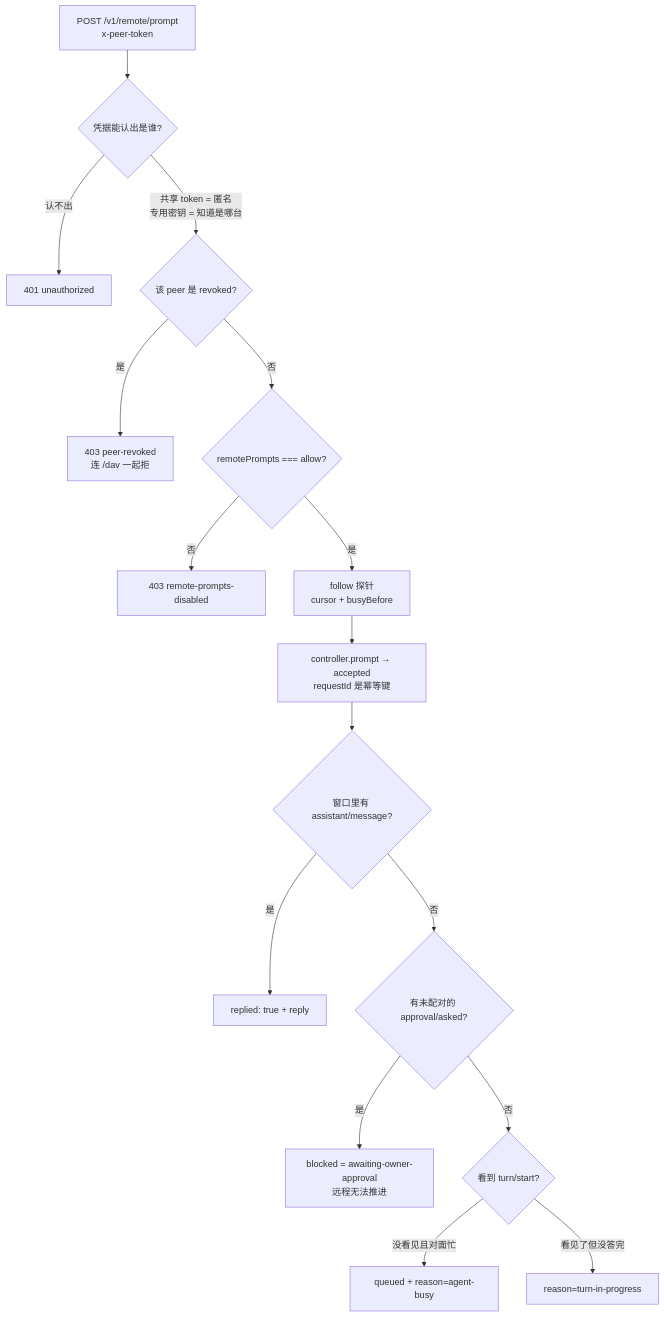
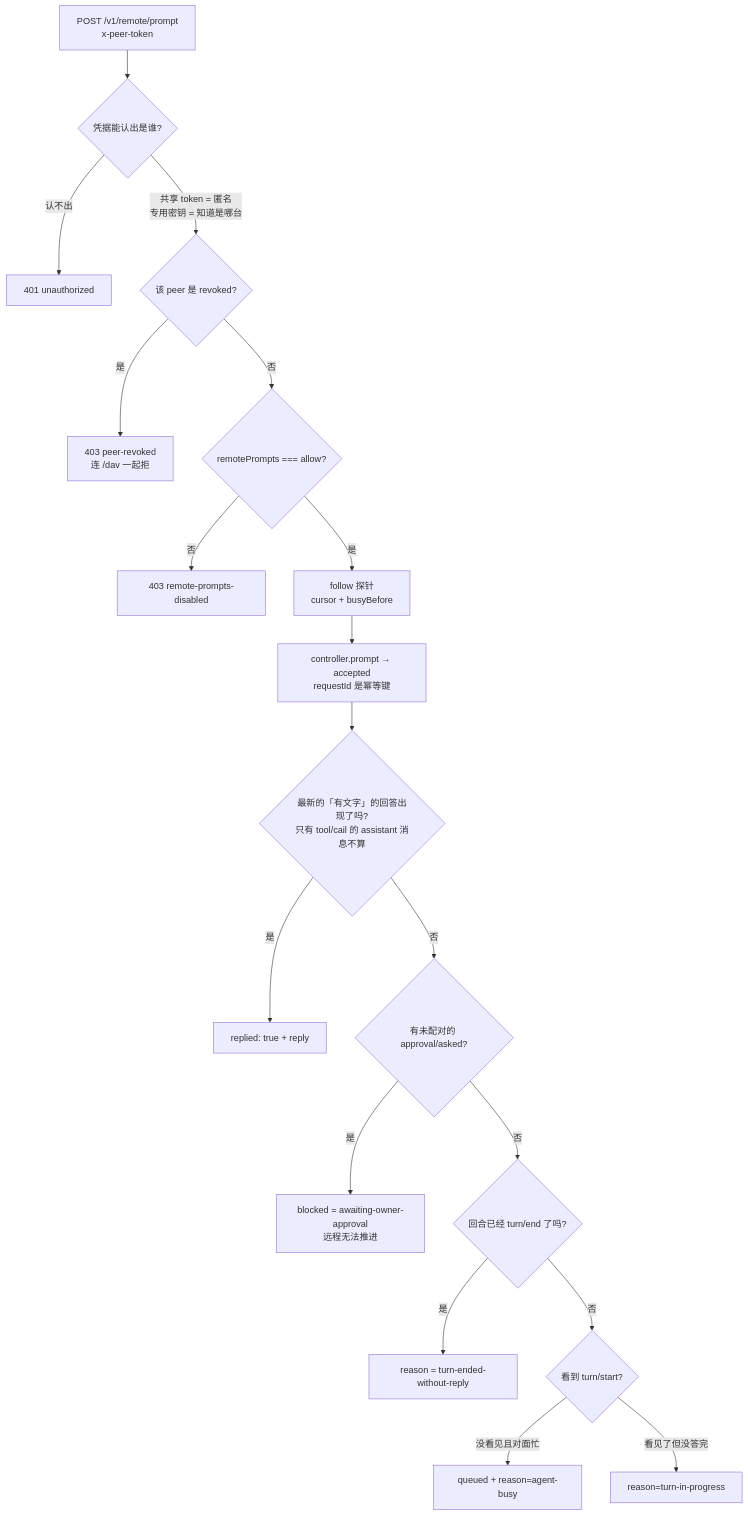
The third of 3 diagrams in docs/architecture.md (yc5991/dsh-peer-sync), drawn with Mermaid before and after one commit. The commit also changed other lines of this file and 8 other files, not shown here.

````diff
--- a/docs/architecture.md
+++ b/docs/architecture.md
@@ -124,18 +124,20 @@
 ```mermaid
 flowchart TD
   A["POST /v1/remote/prompt<br/>x-peer-token"] --> B{"凭据能认出是谁?"}
   B -- "认不出" --> B1["401 unauthorized"]
   B -- "共享 token = 匿名<br/>专用密钥 = 知道是哪台" --> C{"该 peer 是 revoked?"}
   C -- "是" --> C1["403 peer-revoked<br/>连 /dav 一起拒"]
   C -- "否" --> D{"remotePrompts === allow?"}
   D -- "否" --> D1["403 remote-prompts-disabled"]
   D -- "是" --> E["follow 探针<br/>cursor + busyBefore"]
   E --> F["controller.prompt → accepted<br/>requestId 是幂等键"]
-  F --> G{"窗口里有 assistant/message?"}
+  F --> G{"最新的「有文字」的回答出现了吗?<br/>只有 tool/cail 的 assistant 消息不算"}
   G -- "是" --> G1["replied: true + reply"]
   G -- "否" --> H{"有未配对的 approval/asked?"}
   H -- "是" --> H1["blocked = awaiting-owner-approval<br/>远程无法推进"]
-  H -- "否" --> I{"看到 turn/start?"}
+  H -- "否" --> J{"回合已经 turn/end 了吗?"}
+  J -- "是" --> J1["reason = turn-ended-without-reply"]
+  J -- "否" --> I{"看到 turn/start?"}
   I -- "没看见且对面忙" --> I1["queued + reason=agent-busy"]
   I -- "看见了但没答完" --> I2["reason=turn-in-progress"]
 ```
````
